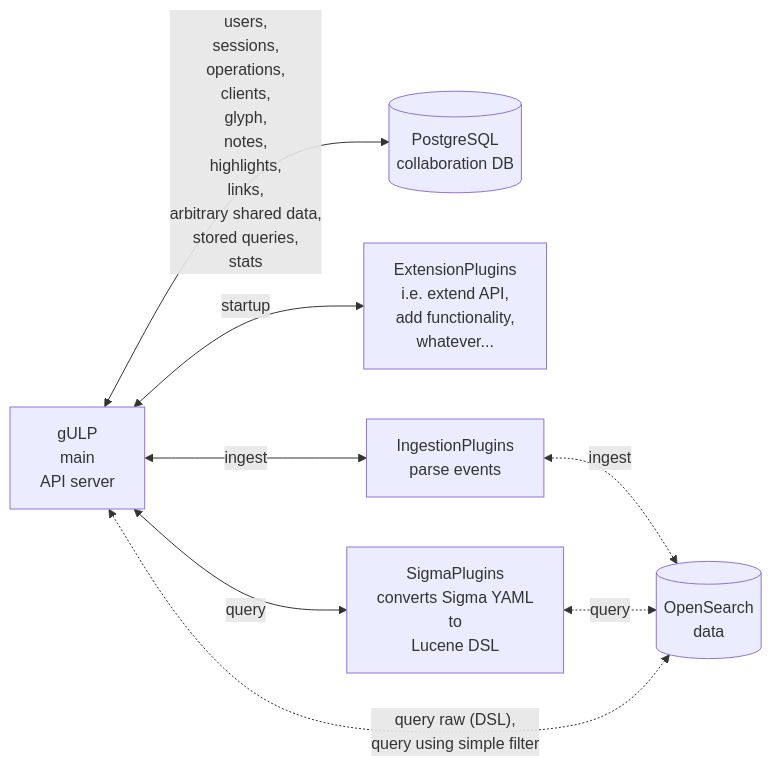
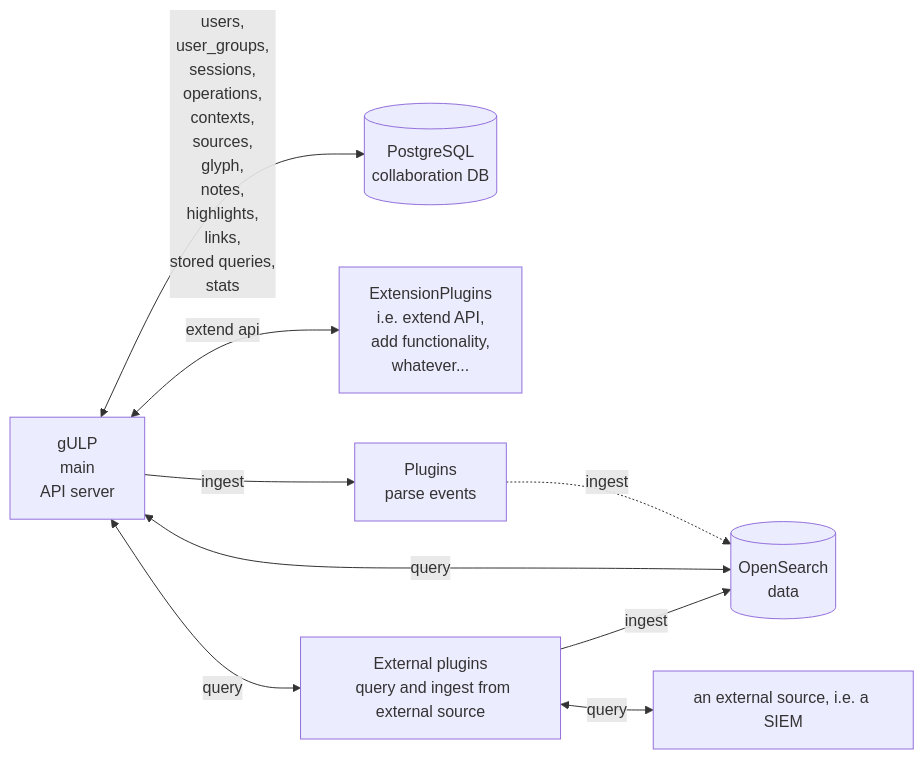
The first of 5 diagrams in docs/Architecture.md (mentat-is/gulp), drawn with Mermaid before and after one commit. The commit also changed other lines of this file and 37 other files, not shown here.

````diff
--- a/docs/Architecture.md
+++ b/docs/Architecture.md
@@ -8,46 +12,46 @@
 ```mermaid
 flowchart LR
 gulp[gULP
   main
   API server]
 
 collab[(PostgreSQL
   collaboration DB)]
 
 extension_plugin[ExtensionPlugins
   i.e. extend API,
     add functionality,
     whatever...]
 
-data_plugin[IngestionPlugins
+plugin[Plugins
   parse events]
 
-sigma_plugin[SigmaPlugins
-  converts Sigma YAML
-  to
-  Lucene DSL
-]
+external_plugin[External plugins
+  query and ingest from external source]
+
+external_source[an external source, i.e. a SIEM]
 
 opensearch[(OpenSearch
   data)]
 
 gulp <-->|users,
+  user_groups,
   sessions,
   operations,
-  clients,
+  contexts,
+  sources,
   glyph,
   notes,
   highlights,
   links,
-  arbitrary shared data,
   stored queries,
   stats
   | collab
 
-gulp <-->|startup| extension_plugin
-gulp <-->|ingest| data_plugin
-data_plugin<-.ingest.->opensearch
-gulp <-->|query| sigma_plugin<-.query.->opensearch
-gulp<-.query raw (DSL),
-  query using simple filter.->opensearch
+gulp <-->|extend api| extension_plugin
+gulp -->|ingest| plugin
+plugin-.ingest.->opensearch
+gulp<--query-->opensearch
+gulp<-->|query|external_plugin<-->|query|external_source
+external_plugin-->|ingest|opensearch
 ```
````
